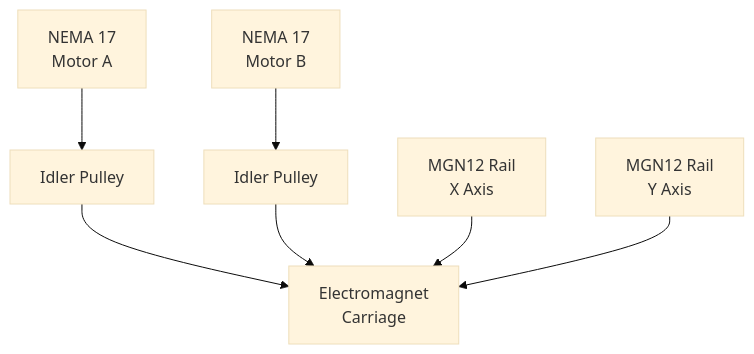
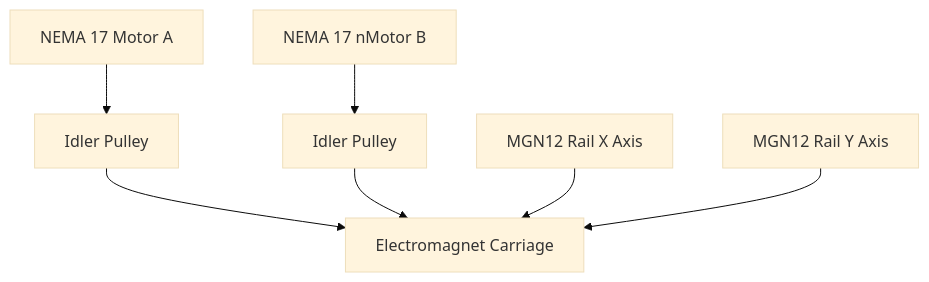
One commit to DragonRoyal/Imperium changed the second of 4 diagrams in README.md. Above: the diagram before and after it, drawn with Mermaid (base theme). The commit also changed other lines of this file, not shown here.

````diff
--- a/README.md
+++ b/README.md
@@ -55,17 +55,17 @@
 ```mermaid
 flowchart TB
-    MotorA[NEMA 17\nMotor A]
-    MotorB[NEMA 17\nMotor B]
+    MotorA[NEMA 17 Motor A]
+    MotorB[NEMA 17 nMotor B]
     Pulley1[Idler Pulley]
     Pulley2[Idler Pulley]
-    RailX[MGN12 Rail\nX Axis]
-    RailY[MGN12 Rail\nY Axis]
-    Carriage[Electromagnet\nCarriage]
+    RailX[MGN12 Rail X Axis]
+    RailY[MGN12 Rail Y Axis]
+    Carriage[Electromagnet Carriage]
 
     MotorA --> Pulley1
     MotorB --> Pulley2
     Pulley1 --> Carriage
     Pulley2 --> Carriage
     RailX --> Carriage
     RailY --> Carriage
 ```
````
